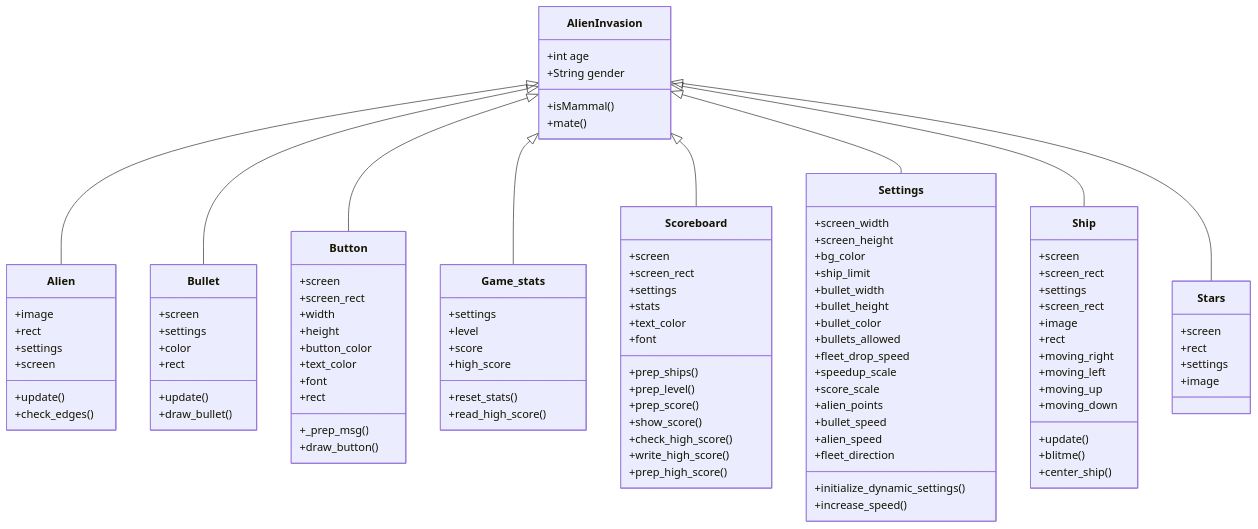
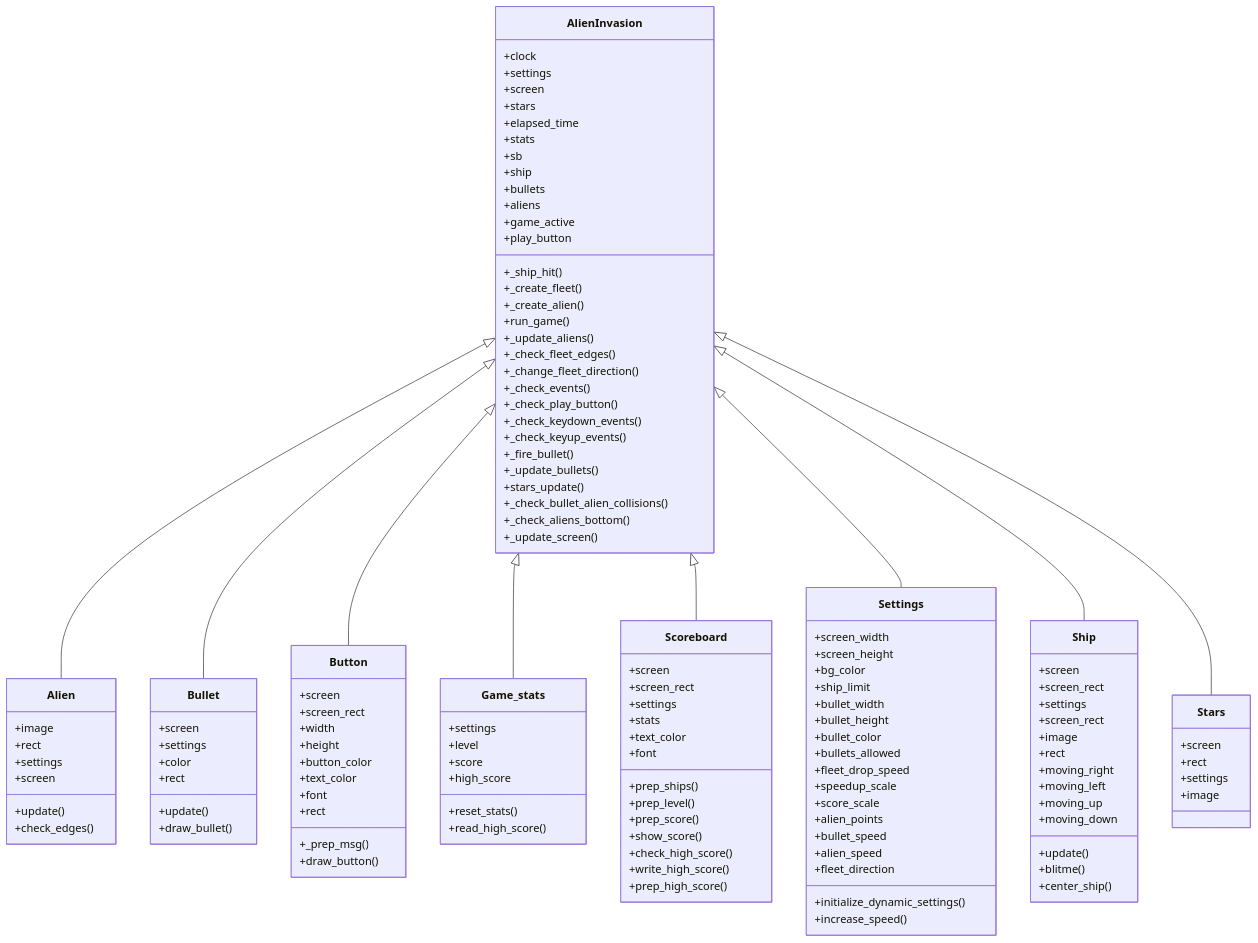
Before and after one commit to blmeue/Python_resources: the second of 2 diagrams in project/project_report.md, drawn with Mermaid. The commit also changed other lines of this file and 4 other files, not shown here.

```diff
--- a/project/project_report.md
+++ b/project/project_report.md
@@ -71,10 +97,35 @@
     AlienInvasion <|-- Settings
     AlienInvasion <|-- Ship
     AlienInvasion <|-- Stars
-    AlienInvasion : +int age
-    AlienInvasion : +String gender
-    AlienInvasion: +isMammal()
-    AlienInvasion: +mate()
+    AlienInvasion : +clock
+    AlienInvasion : +settings
+    AlienInvasion : +screen
+    AlienInvasion : +stars
+    AlienInvasion : +elapsed_time
+    AlienInvasion : +stats
+    AlienInvasion : +sb
+    AlienInvasion : +ship
+    AlienInvasion : +bullets
+    AlienInvasion : +aliens
+    AlienInvasion : +game_active
+    AlienInvasion : +play_button
+    AlienInvasion: +_ship_hit()
+    AlienInvasion: +_create_fleet()
+    AlienInvasion: +_create_alien()
+    AlienInvasion: +run_game()
+    AlienInvasion: +_update_aliens()
+    AlienInvasion: +_check_fleet_edges()
+    AlienInvasion: +_change_fleet_direction()
+    AlienInvasion: +_check_events()
+    AlienInvasion: +_check_play_button()
+    AlienInvasion: +_check_keydown_events()
+    AlienInvasion: +_check_keyup_events()
+    AlienInvasion: +_fire_bullet()
+    AlienInvasion: +_update_bullets()
+    AlienInvasion: +stars_update()
+    AlienInvasion: +_check_bullet_alien_collisions()
+    AlienInvasion: +_check_aliens_bottom()
+    AlienInvasion: +_update_screen()
     class Alien{
         +image
         +rect
```
